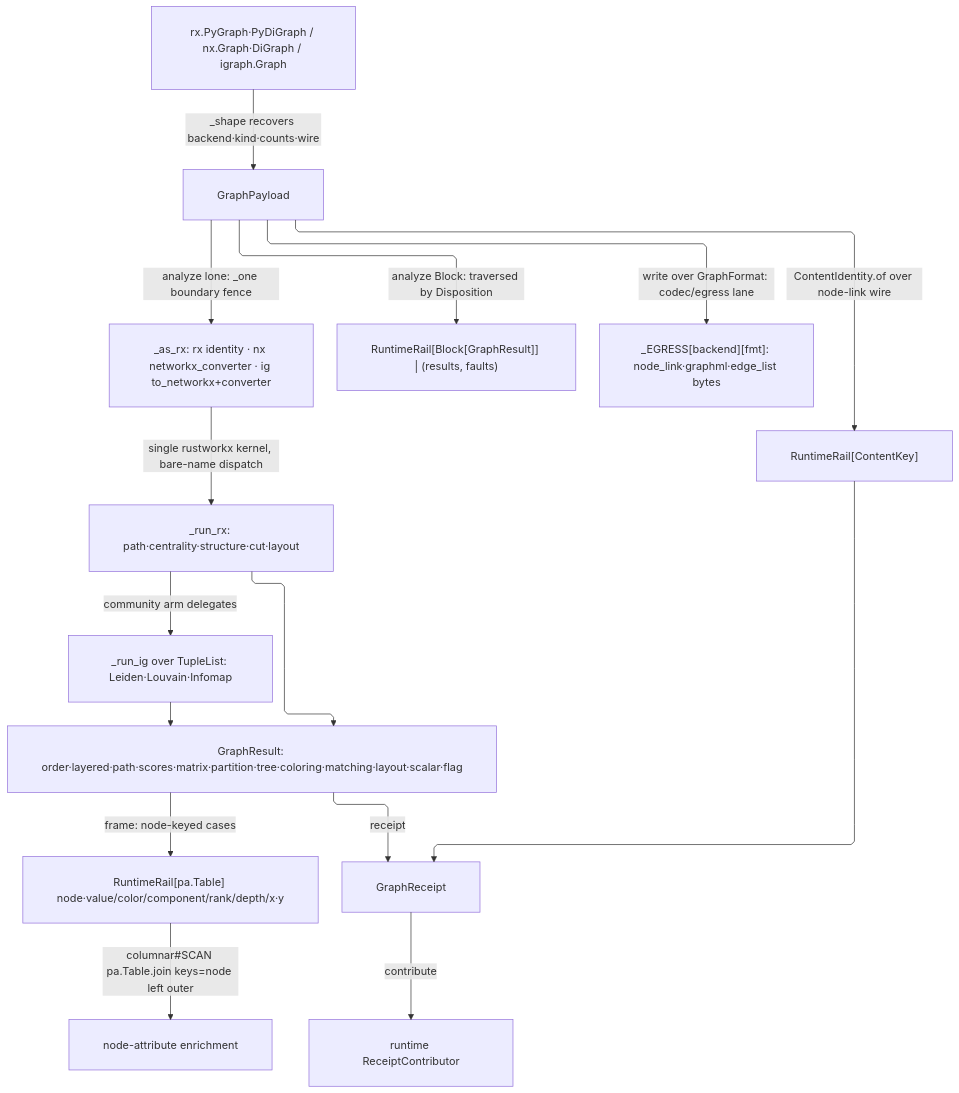
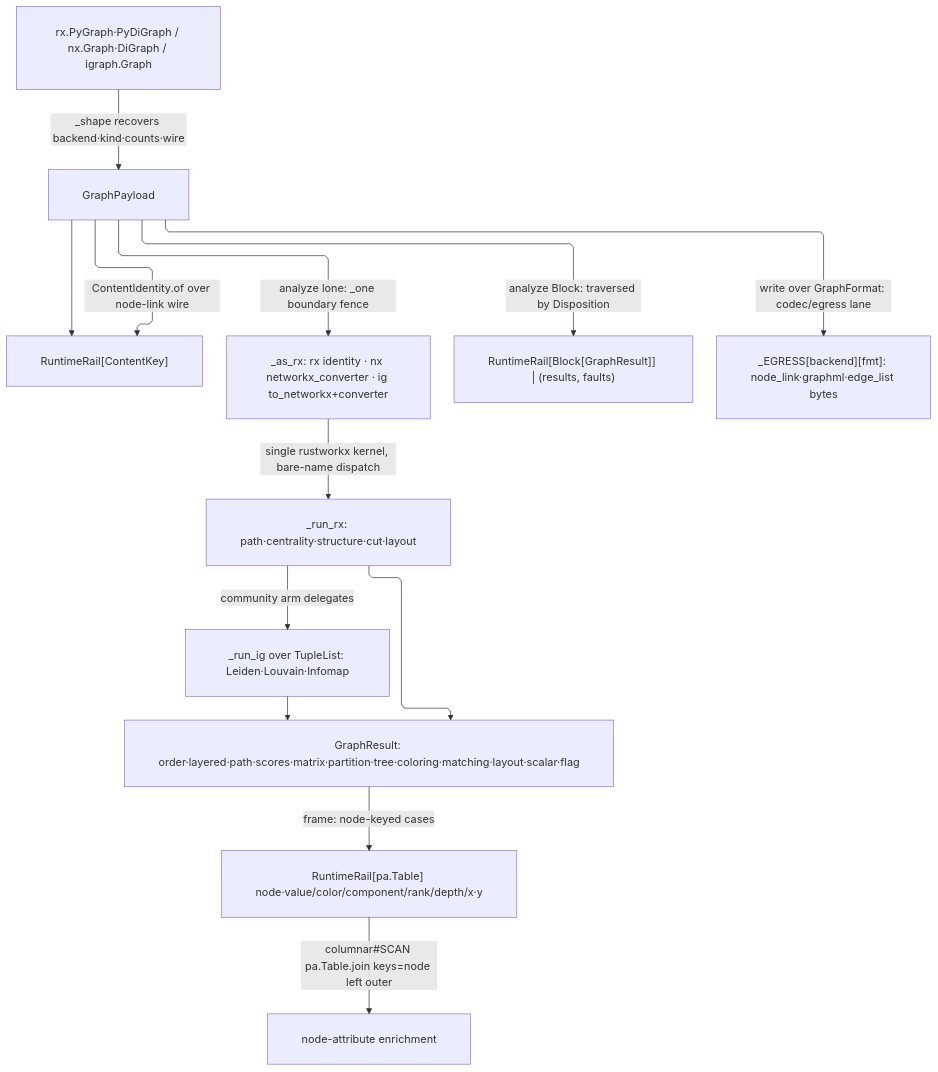
Before and after one commit to bsamiee/Rasm: the diagram in libs/python/data/.planning/graph/graph.md, drawn with Mermaid. The commit also changed other lines of this file and 1417 other files, not shown here.

````diff
--- a/libs/python/data/.planning/graph/graph.md
+++ b/libs/python/data/.planning/graph/graph.md
@@ -630,26 +586,24 @@
 ```mermaid
 ---
 config:
   layout: elk
   flowchart:
     curve: linear
     padding: 25
 ---
 flowchart TD
     accTitle: Graph payload flow
-    accDescr: Source admission into the payload, coercion onto the rustworkx kernel, the community delegation, result frames joining the tabular plane, and the receipt.
+    accDescr: Source admission into the payload, coercion onto the rustworkx kernel, the community delegation, and result frames joining the tabular plane.
     src["rx.PyGraph·PyDiGraph / nx.Graph·DiGraph / igraph.Graph"] -->|_shape recovers backend·kind·counts·wire| payload["GraphPayload"]
     payload -->|ContentIdentity.of over node-link wire| key["RuntimeRail[ContentKey]"]
     payload -->|analyze lone: _one boundary fence| coerce["_as_rx: rx identity · nx networkx_converter · ig to_networkx+converter"]
     coerce -->|single rustworkx kernel, bare-name dispatch| rxk["_run_rx: path·centrality·structure·cut·layout"]
     rxk -->|community arm delegates| igk["_run_ig over TupleList: Leiden·Louvain·Infomap"]
     rxk --> result["GraphResult: order·layered·path·scores·matrix·partition·tree·coloring·matching·layout·scalar·flag"]
     igk --> result
     payload -->|analyze Block: traversed by Disposition| batch["RuntimeRail[Block[GraphResult]] | (results, faults)"]
     payload -->|write over GraphFormat: codec/egress lane| egress["_EGRESS[backend][fmt]: node_link·graphml·edge_list bytes"]
     result -->|frame: node-keyed cases| node_frame["RuntimeRail[pa.Table] node·value/color/component/rank/depth/x·y"]
     node_frame -->|columnar#SCAN pa.Table.join keys=node left outer| enrich["node-attribute enrichment"]
-    result -->|receipt| receipt["GraphReceipt"]
-    key --> receipt
-    receipt -->|contribute| sink["runtime ReceiptContributor"]
+    payload --> key
 ```
````
